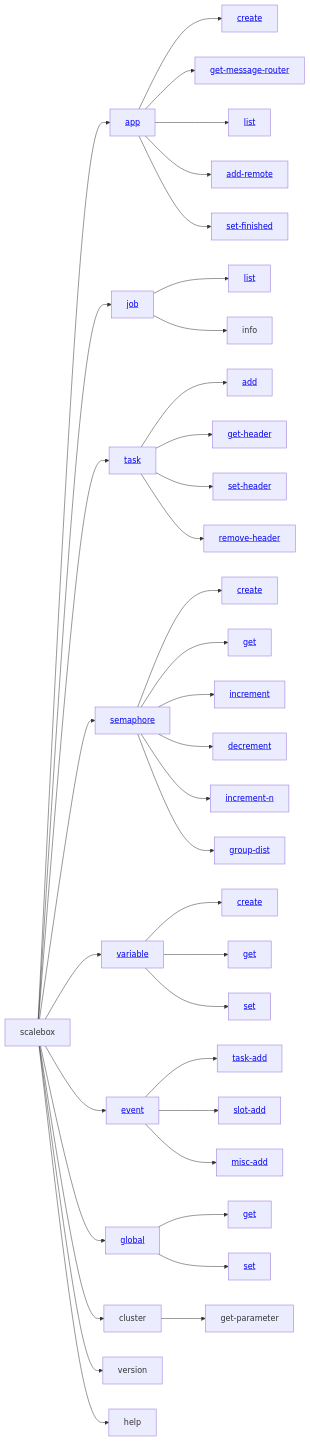
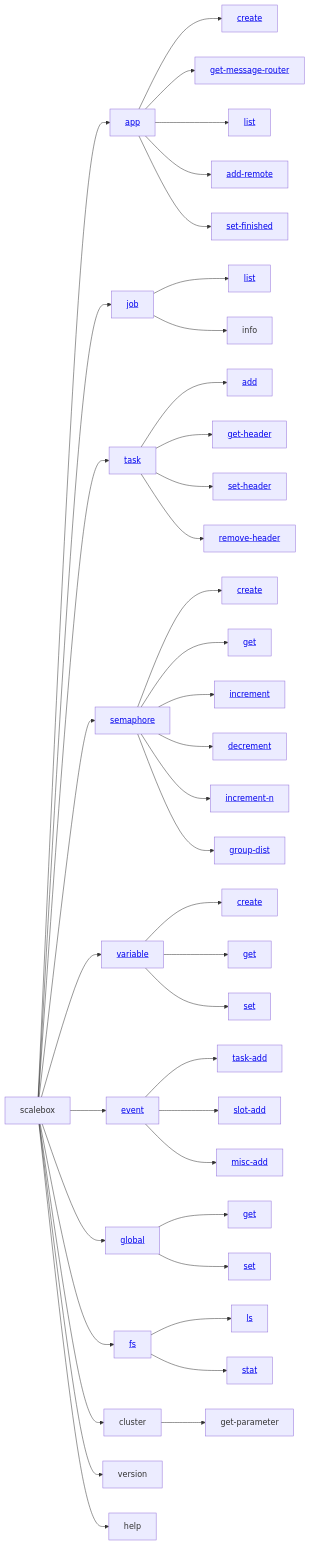
The diagram in docs/zh_CN/source/appendix/cmdline.md (kaichao/scalebox), drawn with Mermaid before and after one commit. The commit also changed other lines of this file and 1 other file, not shown here.

````diff
--- a/docs/zh_CN/source/appendix/cmdline.md
+++ b/docs/zh_CN/source/appendix/cmdline.md
@@ -31,50 +31,54 @@
 ```{mermaid}
 
 graph LR
   scalebox --> app[<a href="#app">app</a>]
   app --> app-create[<a href="#app-create">create</a>]
   app --> get-message-router[<a href="#app-get-message-router">get-message-router</a>]
   app --> app-list[<a href="#app-list">list</a>]
   app --> app-add-remote[<a href="#app-add-remote">add-remote</a>]
   app --> app-set-finished[<a href="#app-set-finished">set-finished</a>]
 
   scalebox --> job[<a href="#job">job</a>]
   job --> job-list[<a href="#job-list">list</a>]
   job --> job-info[info]
 
   scalebox --> task[<a href="#task">task</a>]
   task --> task-add[<a href="#task-add">add</a>]
   task --> task-get-header[<a href="#task-get-header">get-header</a>]
   task --> task-set-header[<a href="#task-set-header">set-header</a>]
   task --> task-remove-header[<a href="#task-remove-header">remove-header</a>]
 
   scalebox --> semaphore[<a href="#semaphore">semaphore</a>]
   semaphore --> sema-create[<a href="#semaphore-create">create</a>]
   semaphore --> semaphore-get[<a href="#semaphore-get">get</a>]
   semaphore --> increment[<a href="#semaphore-increment">increment</a>]
   semaphore --> decrement[<a href="#semaphore-decrement">decrement</a>]
   semaphore --> increment-n[<a href="#semaphore-increment">increment-n</a>]
   semaphore --> semaphore-group-dist[<a href="#semaphore-group-dist">group-dist</a>]
 
   scalebox --> variable[<a href="#variable">variable</a>]
   variable --> variable-create[<a href="#variable-create">create</a>]
   variable --> variable-get[<a href="#variable-get">get</a>]
   variable --> variable-set[<a href="#variable-set">set</a>]
 
   scalebox --> event[<a href="#event">event</a>]
   event --> event-task-add[<a href="#event-task-add">task-add</a>]
   event --> event-slot-add[<a href="#event-slot-add">slot-add</a>]
   event --> event-misc-add[<a href="#event-misc-add">misc-add</a>]
 
   scalebox --> global[<a href="#global">global</a>]
   global --> global-get[<a href="#global-get">get</a>]
   global --> global-set[<a href="#global-set">set</a>]
 
+  scalebox --> fs[<a href="#fs">fs</a>]
+  fs --> fs-ls[<a href="#fs-ls">ls</a>]
+  fs --> fs-stat[<a href="#fs-stat">stat</a>]
+
   scalebox --> cluster
   cluster --> get-parameter
 
   scalebox --> version
 
   scalebox --> help
 
 ```
````
